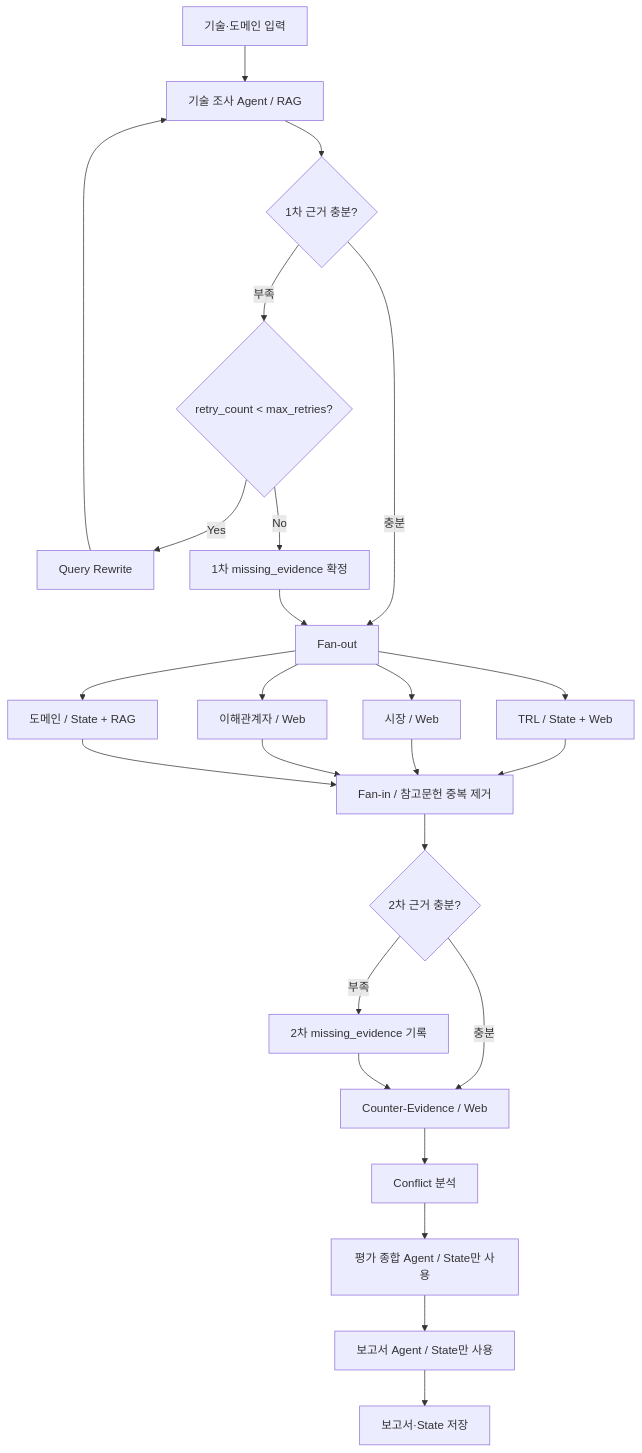
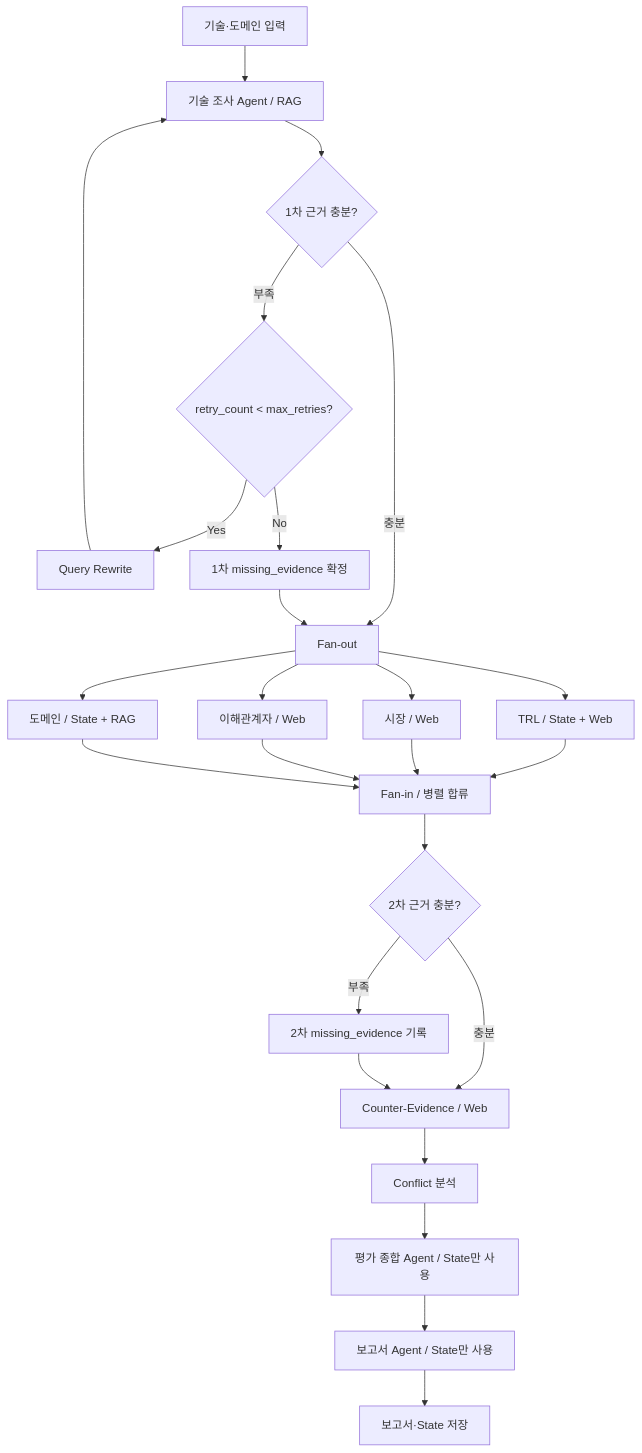
Before and after one commit to sjjeon0925/skala-RAG-project: the diagram in README.md, drawn with Mermaid. The commit also changed other lines of this file and 36 other files, not shown here.

````diff
--- a/README.md
+++ b/README.md
@@ -58,27 +58,27 @@
 ```mermaid
 flowchart TD
   A[기술·도메인 입력] --> B[기술 조사 Agent / RAG]
   B --> C{1차 근거 충분?}
   C -->|충분| F[Fan-out]
   C -->|부족| D{retry_count < max_retries?}
   D -->|Yes| E[Query Rewrite]
   E --> B
   D -->|No| G[1차 missing_evidence 확정]
   G --> F
   F --> T[TRL / State + Web]
   F --> M[시장 / Web]
   F --> S[이해관계자 / Web]
   F --> V[도메인 / State + RAG]
-  T --> J[Fan-in / 참고문헌 중복 제거]
+  T --> J[Fan-in / 병렬 합류]
   M --> J
   S --> J
   V --> J
   J --> K{2차 근거 충분?}
   K -->|부족| L[2차 missing_evidence 기록]
   K -->|충분| N[Counter-Evidence / Web]
   L --> N
   N --> O[Conflict 분석]
   O --> P[평가 종합 Agent / State만 사용]
   P --> Q[보고서 Agent / State만 사용]
   Q --> R[보고서·State 저장]
 ```
````
